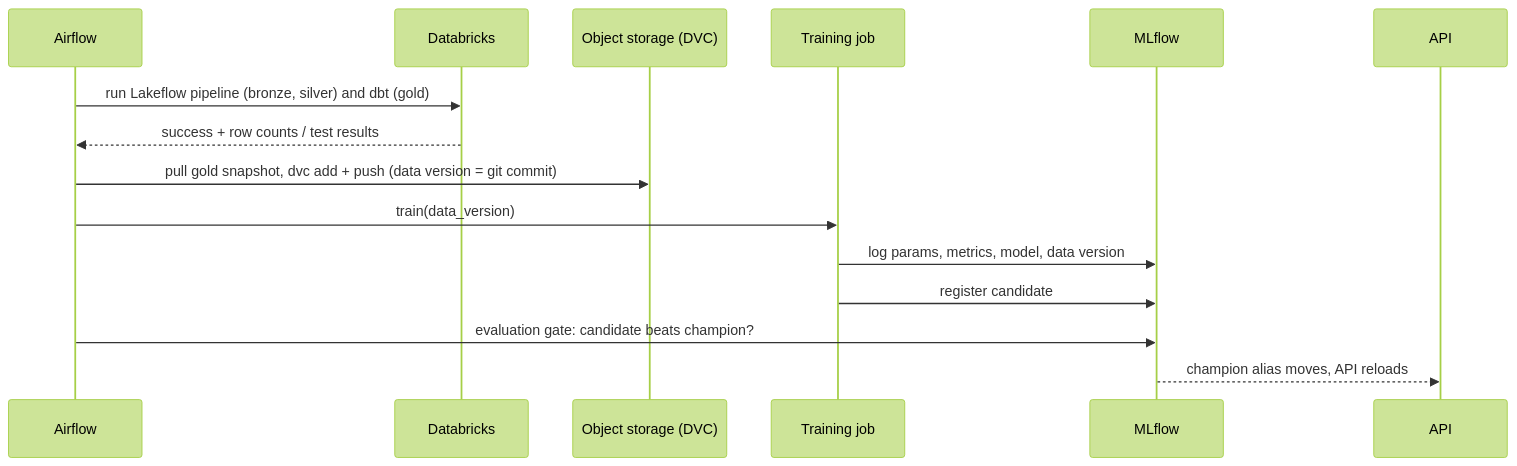
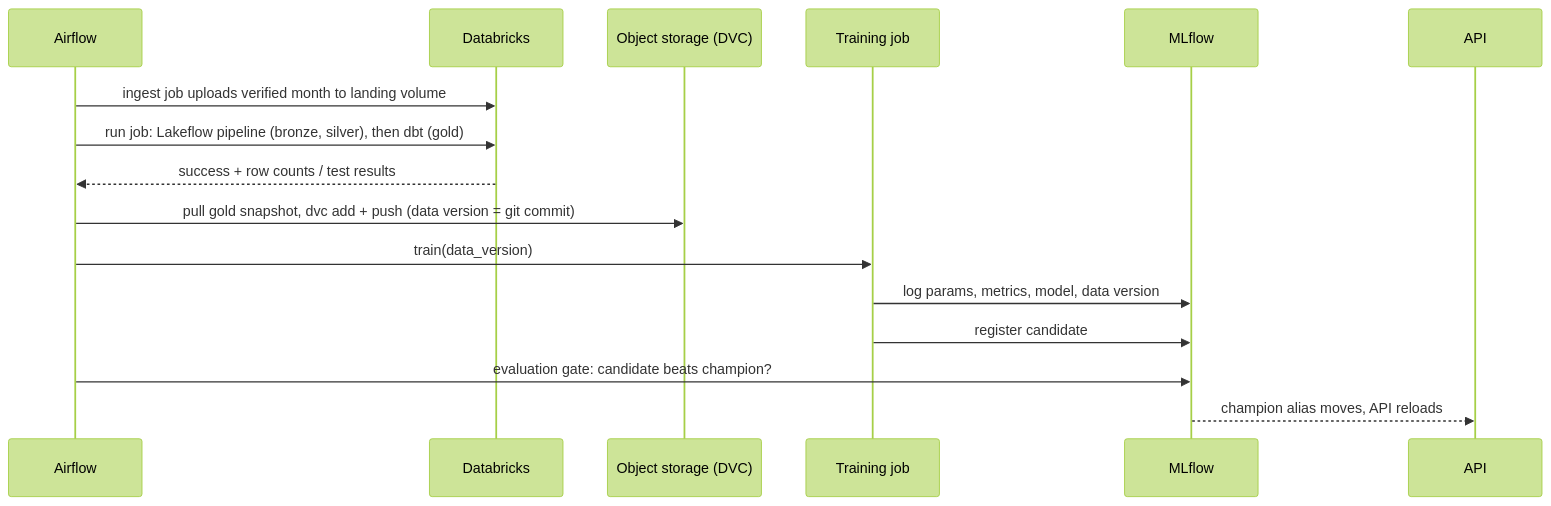
One commit to shadmanArko/nyc-taxi-lakehouse-mlops changed the diagram in docs/architecture.md. Above: the diagram before and after it, drawn with Mermaid (forest theme). The commit also changed other lines of this file and 58 other files, not shown here.

````diff
--- a/docs/architecture.md
+++ b/docs/architecture.md
@@ -42,18 +46,19 @@
 ```mermaid
 sequenceDiagram
     participant AF as Airflow
     participant DBX as Databricks
     participant OS as Object storage (DVC)
     participant TR as Training job
     participant ML as MLflow
     participant API as API
 
-    AF->>DBX: run Lakeflow pipeline (bronze, silver) and dbt (gold)
+    AF->>DBX: ingest job uploads verified month to landing volume
+    AF->>DBX: run job: Lakeflow pipeline (bronze, silver), then dbt (gold)
     DBX-->>AF: success + row counts / test results
     AF->>OS: pull gold snapshot, dvc add + push (data version = git commit)
     AF->>TR: train(data_version)
     TR->>ML: log params, metrics, model, data version
     TR->>ML: register candidate
     AF->>ML: evaluation gate: candidate beats champion?
     ML-->>API: champion alias moves, API reloads
 ```
````
